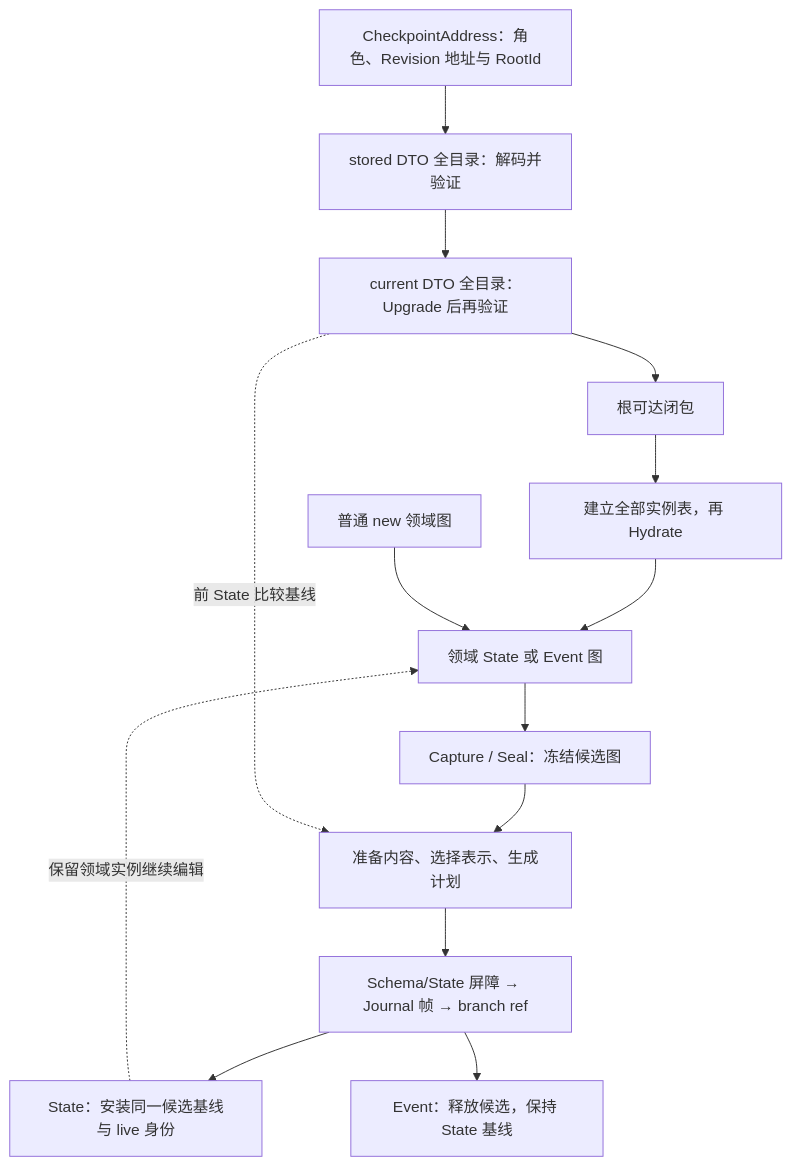
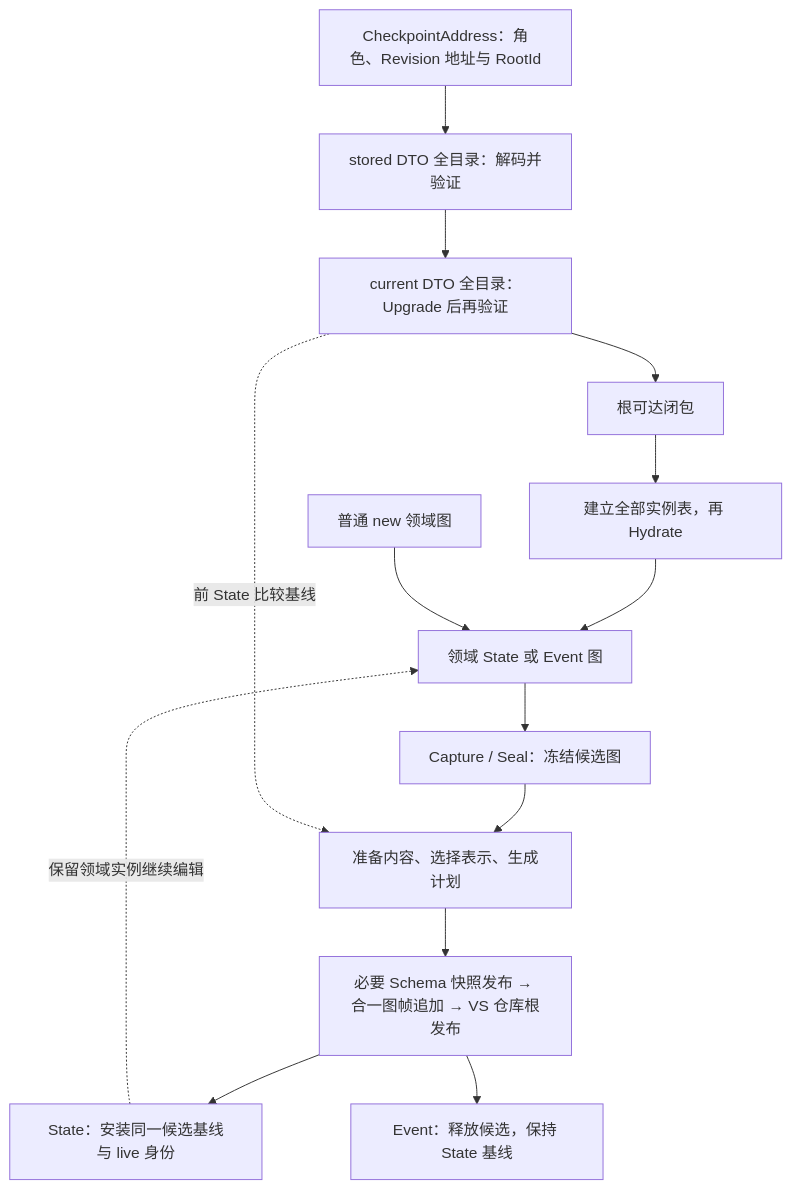
One commit to Atelia-org/durable-graph changed the diagram in docs/DurableGraph-glossary.md. Above: the diagram before and after it, drawn with Mermaid. The commit also changed other lines of this file and 387 other files, not shown here.

````diff
--- a/docs/DurableGraph-glossary.md
+++ b/docs/DurableGraph-glossary.md
@@ -84,16 +84,16 @@
 ```mermaid
 flowchart TD
     R["CheckpointAddress：角色、Revision 地址与 RootId"] --> D["stored DTO 全目录：解码并验证"]
     D --> N["current DTO 全目录：Upgrade 后再验证"]
     N --> C["根可达闭包"]
     C --> A["建立全部实例表，再 Hydrate"]
     A --> W["领域 State 或 Event 图"]
     New["普通 new 领域图"] --> W
     W --> F["Capture / Seal：冻结候选图"]
     F --> P["准备内容、选择表示、生成计划"]
     N -. "前 State 比较基线" .-> P
-    P --> S["Schema/State 屏障 → Journal 帧 → branch ref"]
+    P --> S["必要 Schema 快照发布 → 合一图帧追加 → VS 仓库根发布"]
     S --> I["State：安装同一候选基线与 live 身份"]
     S --> E["Event：释放候选，保持 State 基线"]
     I -. "保留领域实例继续编辑" .-> W
 ```
````
